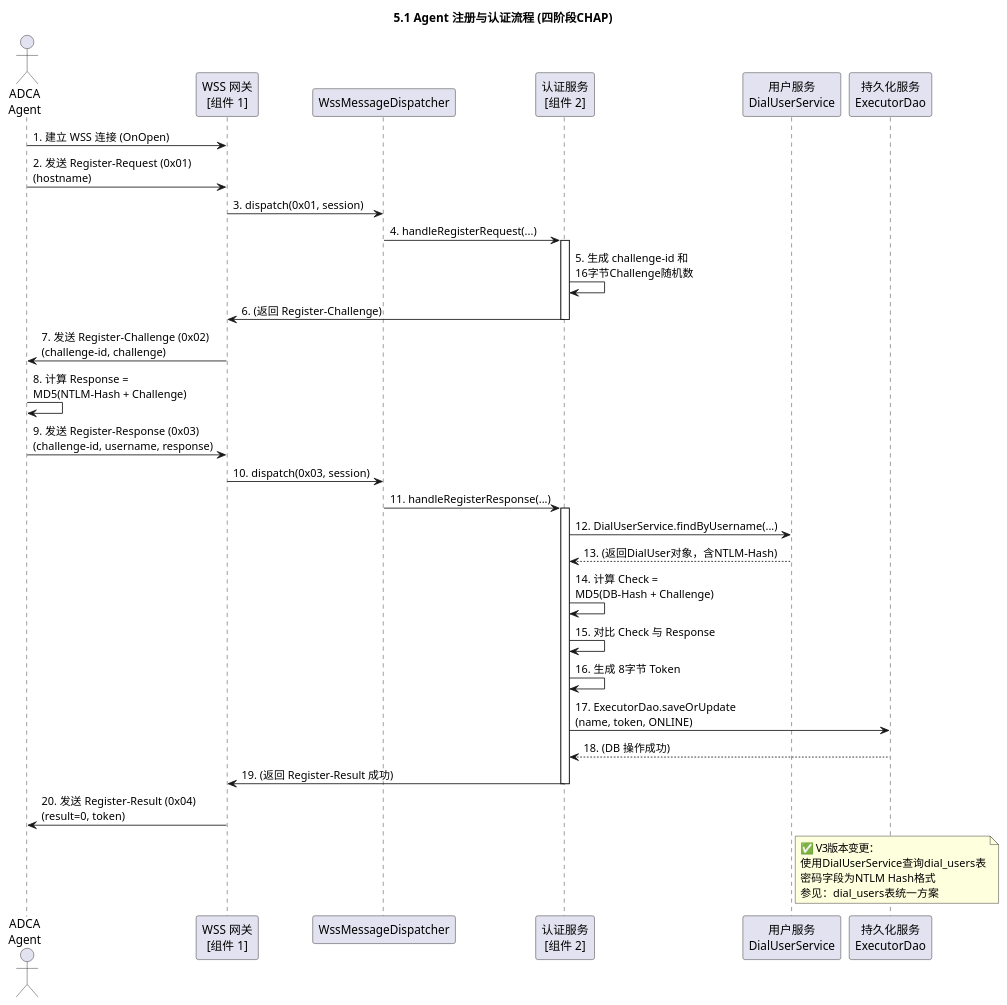
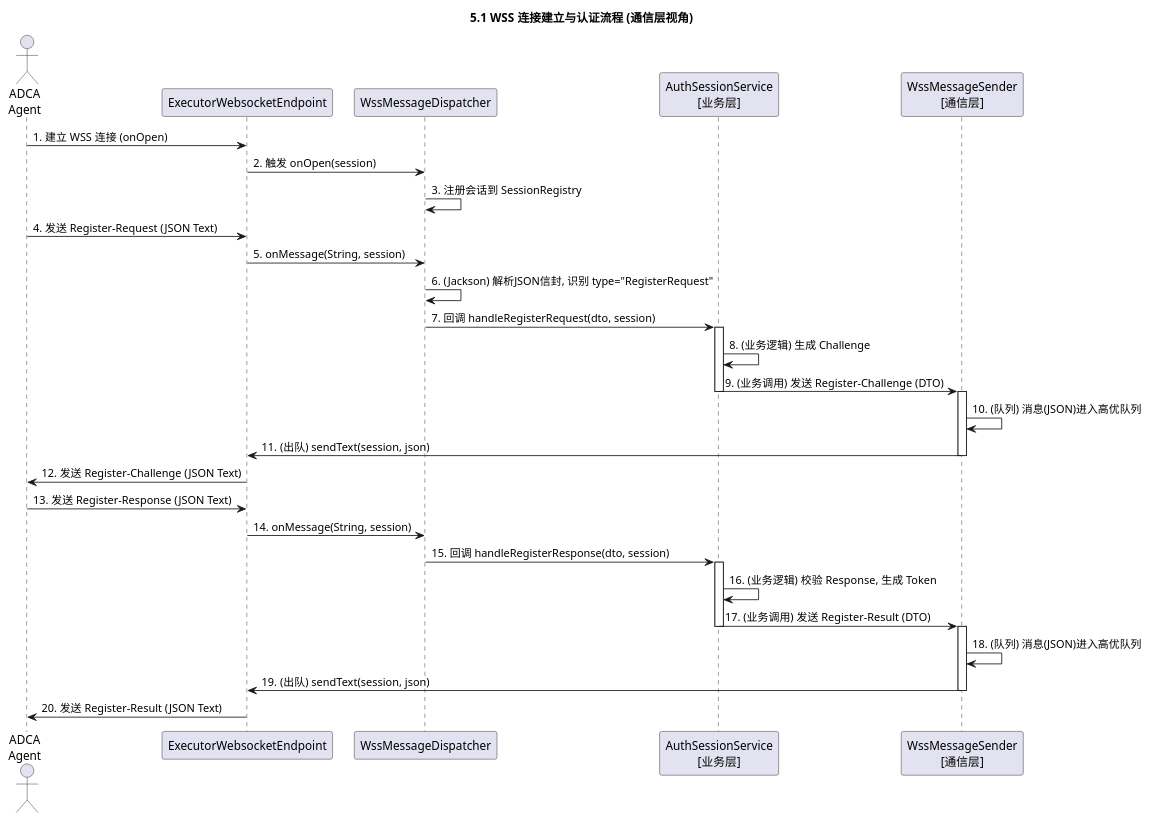
Before and after one commit to GuiHongli/DialTestCenter: the third of 8 diagrams in AR软件实现设计文档/执行机管理/执行机管理-WebSocket通信协议设计.md, drawn with PlantUML. The commit also changed other lines of this file and 48 other files, not shown here.

````diff
--- a/AR软件实现设计文档/执行机管理/执行机管理-WebSocket通信协议设计.md
+++ b/AR软件实现设计文档/执行机管理/执行机管理-WebSocket通信协议设计.md
@@ -479,53 +636,50 @@
 ```plantuml
 @startuml
-title 5.1 Agent 注册与认证流程 (四阶段CHAP)
+title 5.1 WSS 连接建立与认证流程 (通信层视角)
 
 actor "ADCA\nAgent" as Agent
-participant "WSS 网关\n[组件 1]" as Wss
+participant "ExecutorWebsocketEndpoint" as Endpoint
 participant "WssMessageDispatcher" as Dispatcher
-participant "认证服务\n[组件 2]" as AuthService
-participant "用户服务\nDialUserService" as UserService
-participant "持久化服务\nExecutorDao" as Dao
+participant "AuthSessionService\n[业务层]" as AuthService
+participant "WssMessageSender\n[通信层]" as Sender
 
-Agent -> Wss : 1. 建立 WSS 连接 (OnOpen)
-Agent -> Wss : 2. 发送 Register-Request (0x01)\n(hostname)
-Wss -> Dispatcher : 3. dispatch(0x01, session)
-Dispatcher -> AuthService : 4. handleRegisterRequest(...)
+Agent -> Endpoint : 1. 建立 WSS 连接 (onOpen)
+Endpoint -> Dispatcher : 2. 触发 onOpen(session)
+Dispatcher -> Dispatcher : 3. 注册会话到 SessionRegistry
+
+Agent -> Endpoint : 4. 发送 Register-Request (JSON Text)
+Endpoint -> Dispatcher : 5. onMessage(String, session)
+Dispatcher -> Dispatcher : 6. (Jackson) 解析JSON信封, 识别 type="RegisterRequest"
+Dispatcher -> AuthService : 7. 回调 handleRegisterRequest(dto, session)
 
 activate AuthService
-    AuthService -> AuthService : 5. 生成 challenge-id 和\n16字节Challenge随机数
-    AuthService -> Wss : 6. (返回 Register-Challenge)
+    AuthService -> AuthService : 8. (业务逻辑) 生成 Challenge
+    AuthService -> Sender : 9. (业务调用) 发送 Register-Challenge (DTO)
 deactivate AuthService
 
-Wss -> Agent : 7. 发送 Register-Challenge (0x02)\n(challenge-id, challenge)
+activate Sender
+    Sender -> Sender : 10. (队列) 消息(JSON)进入高优队列
+    Sender -> Endpoint : 11. (出队) sendText(session, json)
+deactivate Sender
 
-Agent -> Agent : 8. 计算 Response =\nMD5(NTLM-Hash + Challenge)
-Agent -> Wss : 9. 发送 Register-Response (0x03)\n(challenge-id, username, response)
-Wss -> Dispatcher : 10. dispatch(0x03, session)
-Dispatcher -> AuthService : 11. handleRegisterResponse(...)
+Endpoint -> Agent : 12. 发送 Register-Challenge (JSON Text)
+
+' ... 省略 Agent 计算 Response ...
+
+Agent -> Endpoint : 13. 发送 Register-Response (JSON Text)
+Endpoint -> Dispatcher : 14. onMessage(String, session)
+Dispatcher -> AuthService : 15. 回调 handleRegisterResponse(dto, session)
 
 activate AuthService
-    AuthService -> UserService : 12. DialUserService.findByUsername(...)
-    UserService --> AuthService : 13. (返回DialUser对象，含NTLM-Hash)
-    AuthService -> AuthService : 14. 计算 Check =\nMD5(DB-Hash + Challenge)
-    AuthService -> AuthService : 15. 对比 Check 与 Response
-
-    ' 假设认证成功
-    AuthService -> AuthService : 16. 生成 8字节 Token
-    AuthService -> Dao : 17. ExecutorDao.saveOrUpdate\n(name, token, ONLINE)
-    Dao --> AuthService : 18. (DB 操作成功)
-
-    AuthService -> Wss : 19. (返回 Register-Result 成功)
+    AuthService -> AuthService : 16. (业务逻辑) 校验 Response, 生成 Token
+    AuthService -> Sender : 17. (业务调用) 发送 Register-Result (DTO)
 deactivate AuthService
 
-Wss -> Agent : 20. 发送 Register-Result (0x04)\n(result=0, token)
+activate Sender
+    Sender -> Sender : 18. (队列) 消息(JSON)进入高优队列
+    Sender -> Endpoint : 19. (出队) sendText(session, json)
+deactivate Sender
 
-note right of UserService
-  ✅ V3版本变更：
-  使用DialUserService查询dial_users表
-  密码字段为NTLM Hash格式
-  参见：dial_users表统一方案
-end note
-
+Endpoint -> Agent : 20. 发送 Register-Result (JSON Text)
 @enduml
 ```
````
